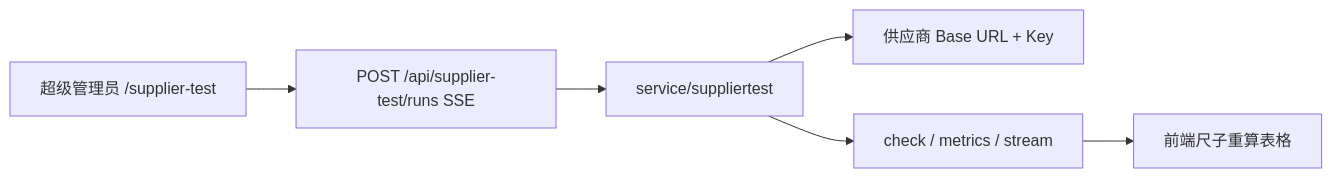
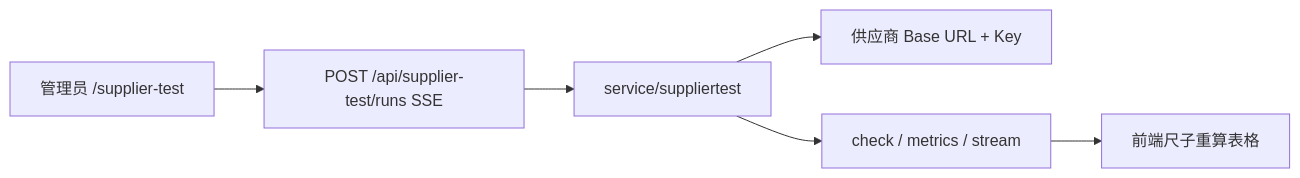
The second of 2 diagrams in docs/design/SUPPLIER_TEST.zh_CN.md (lelinhomafx4021-creator/novamaas-workspace), drawn with Mermaid before and after one commit. The commit also changed 4 other files, not shown here.

Commit message:
fix(supplier-test): keep administrator access configurable

````diff
--- a/docs/design/SUPPLIER_TEST.zh_CN.md
+++ b/docs/design/SUPPLIER_TEST.zh_CN.md
@@ -42,8 +42,8 @@
 ```mermaid
 flowchart LR
-  UI[超级管理员 /supplier-test] --> API["POST /api/supplier-test/runs SSE"]
+  UI[管理员 /supplier-test] --> API["POST /api/supplier-test/runs SSE"]
   API --> Runner[service/suppliertest]
   Runner --> Upstream[供应商 Base URL + Key]
   Runner --> Events[check / metrics / stream]
   Events --> Table[前端尺子重算表格]
 ```
````
